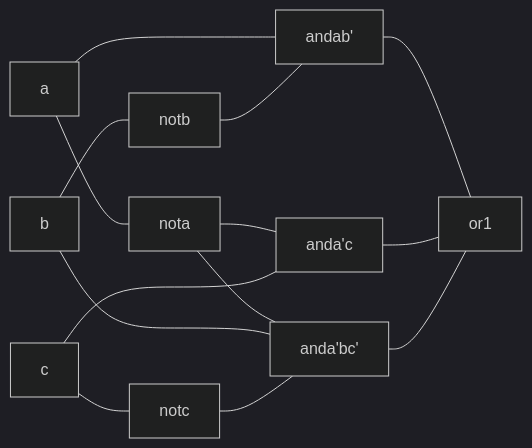
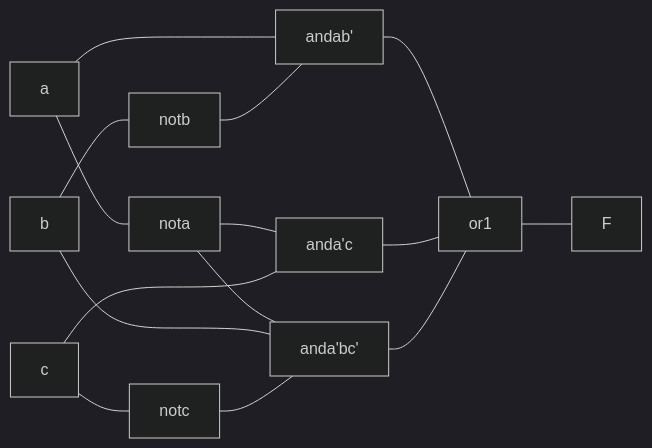
The diagram in CSDS 281 - Logic Design/HW/3/Tables.md (tnichols217/notes), drawn with Mermaid (dark theme) before and after one commit.

Commit message:
vault backup: 2024-02-14 16:01:19

````diff
--- a/CSDS 281 - Logic Design/HW/3/Tables.md
+++ b/CSDS 281 - Logic Design/HW/3/Tables.md
@@ -14,14 +14,16 @@
 ```mermaid
 flowchart LR
 
 b --- notb
 a & notb --- andab'
 
 a --- nota
 nota & c --- anda'c
 
 c --- notc
 nota & b & notc --- anda'bc'
 
 andab' & anda'c & anda'bc' --- or1
+
+or1 --- F
 ```
````
